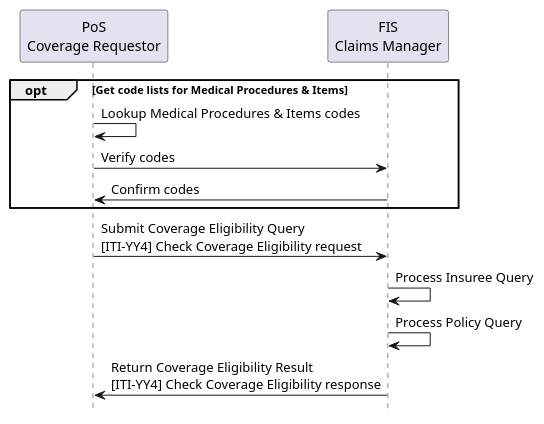
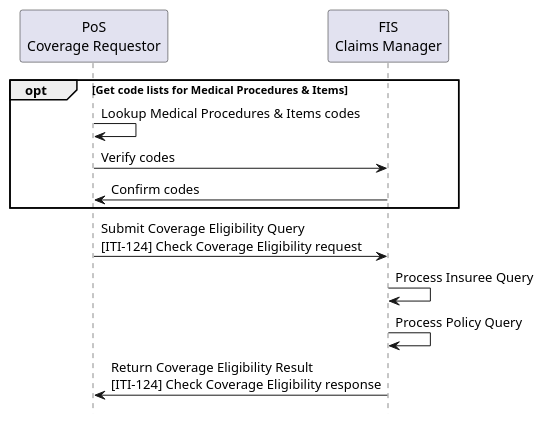
Before and after one commit to IHE/ITI.Finance: the diagram in input/images-source/usecase2-processflow.plantuml, drawn with PlantUML. The commit also changed 14 other files, not shown here.

```diff
--- a/input/images-source/usecase2-processflow.plantuml
+++ b/input/images-source/usecase2-processflow.plantuml
@@ -1,20 +1,20 @@
 @startuml
 skinparam svgDimensionStyle false
 hide footbox
 
 participant "PoS\nCoverage Requestor" as App
 participant "FIS\nClaims Manager" as FIS
 
 
 opt Get code lists for Medical Procedures & Items
 	App -> App: Lookup Medical Procedures & Items codes
 	App -> FIS: Verify codes
 	FIS -> App: Confirm codes
 end opt
 
-App -> FIS: Submit Coverage Eligibility Query\n&#91;ITI-YY4&#93; Check Coverage Eligibility request
+App -> FIS: Submit Coverage Eligibility Query\n&#91;ITI-124&#93; Check Coverage Eligibility request
 FIS -> FIS: Process Insuree Query
 FIS -> FIS: Process Policy Query
-FIS -> App: Return Coverage Eligibility Result\n&#91;ITI-YY4&#93; Check Coverage Eligibility response
+FIS -> App: Return Coverage Eligibility Result\n&#91;ITI-124&#93; Check Coverage Eligibility response
 
 @enduml
```
